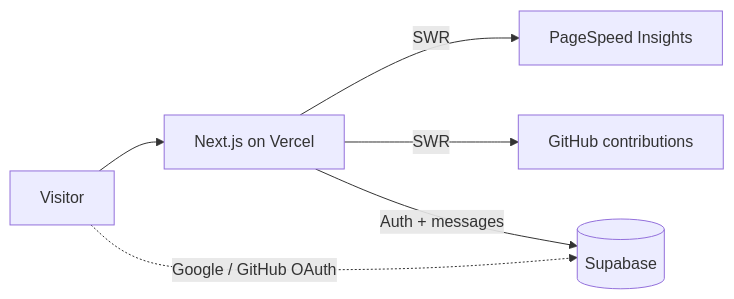
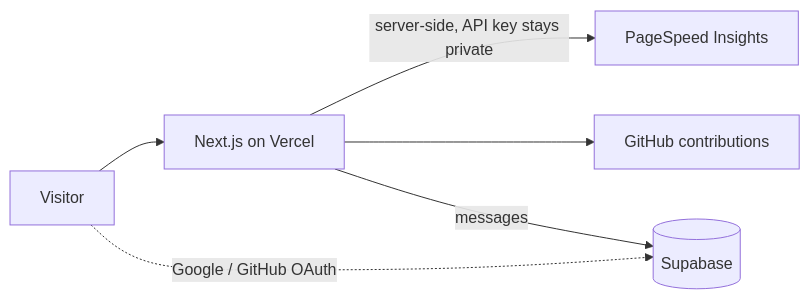
One commit to nheetxx/nheetxxdev changed the diagram in README.md. Above: the diagram before and after it, drawn with Mermaid. The commit also changed other lines of this file, not shown here.

````diff
--- a/README.md
+++ b/README.md
@@ -44,8 +44,8 @@
 ```mermaid
 flowchart LR
     V[Visitor] --> S[Next.js on Vercel]
-    S -->|SWR| P[PageSpeed Insights]
-    S -->|SWR| G[GitHub contributions]
-    S -->|Auth + messages| DB[(Supabase)]
+    S -->|server-side, API key stays private| P[PageSpeed Insights]
+    S --> G[GitHub contributions]
+    S -->|messages| DB[(Supabase)]
     V -.->|Google / GitHub OAuth| DB
 ```
````
